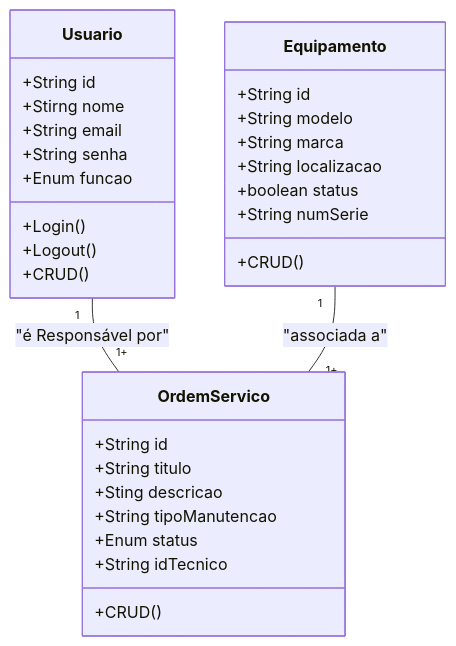
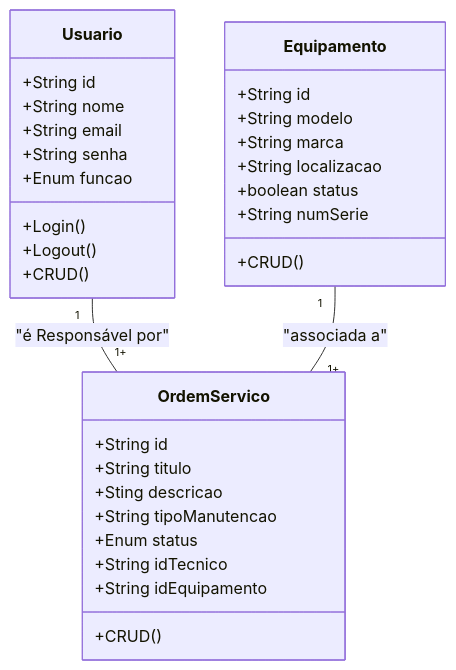
Before and after one commit to Isabela959/FrontEnd: the first of 3 diagrams in Frameworks/Next/formativa-sgm/README.md, drawn with Mermaid. The commit also changed other lines of this file and 6 other files, not shown here.

````diff
--- a/Frameworks/Next/formativa-sgm/README.md
+++ b/Frameworks/Next/formativa-sgm/README.md
@@ -53,39 +53,40 @@
 ```mermaid
 
 classDiagram
 
     class Usuario{
         +String id
-        +Stirng nome
+        +String nome
         +String email
         +String senha
         +Enum funcao
         +Login()
         +Logout()
         +CRUD()
     }
 
     class Equipamento{
         +String id
         +String modelo
         +String marca
         +String localizacao
         +boolean status
         +String numSerie
         +CRUD()
     }
 
     class OrdemServico{
         +String id
         +String titulo
         +Sting descricao
         +String tipoManutencao
         +Enum status
         +String idTecnico
+        +String idEquipamento
         +CRUD()
     }
 
     Usuario "1"--"1+" OrdemServico: "é Responsável por"
     Equipamento "1"--"1+" OrdemServico: "associada a"
 
 ```
````
